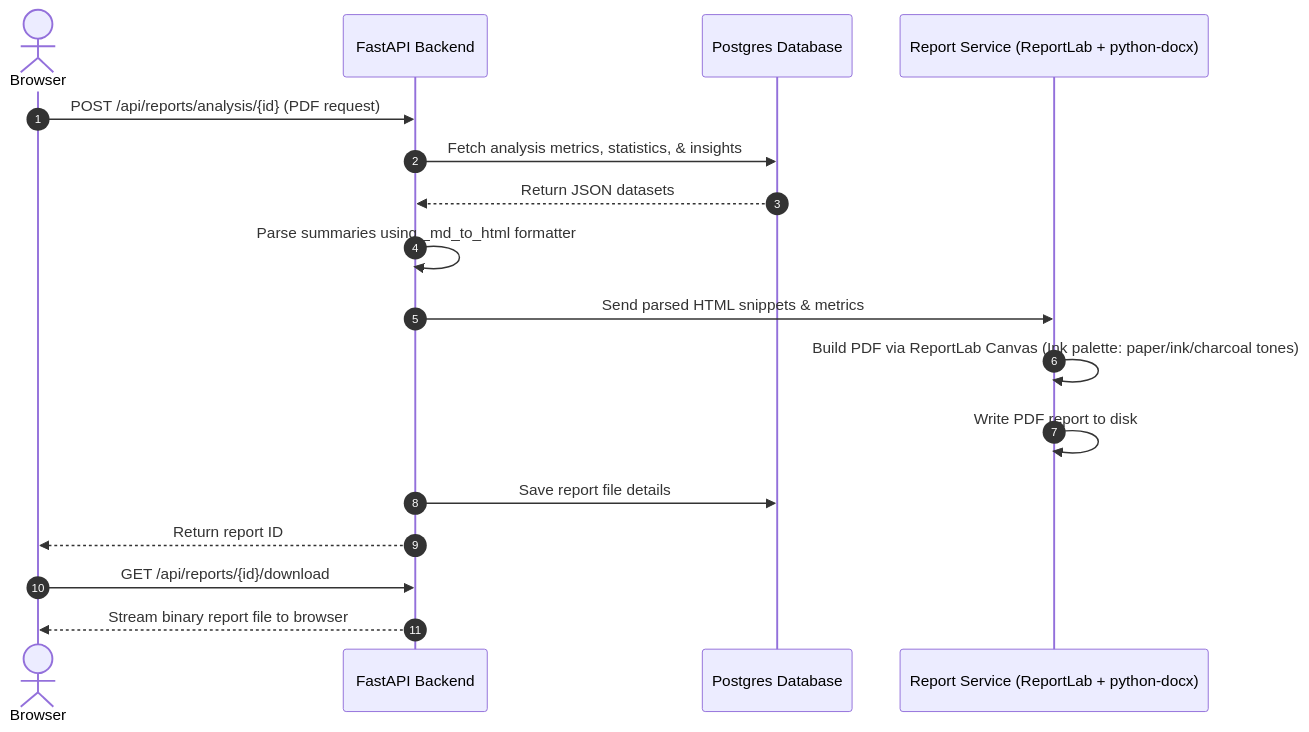
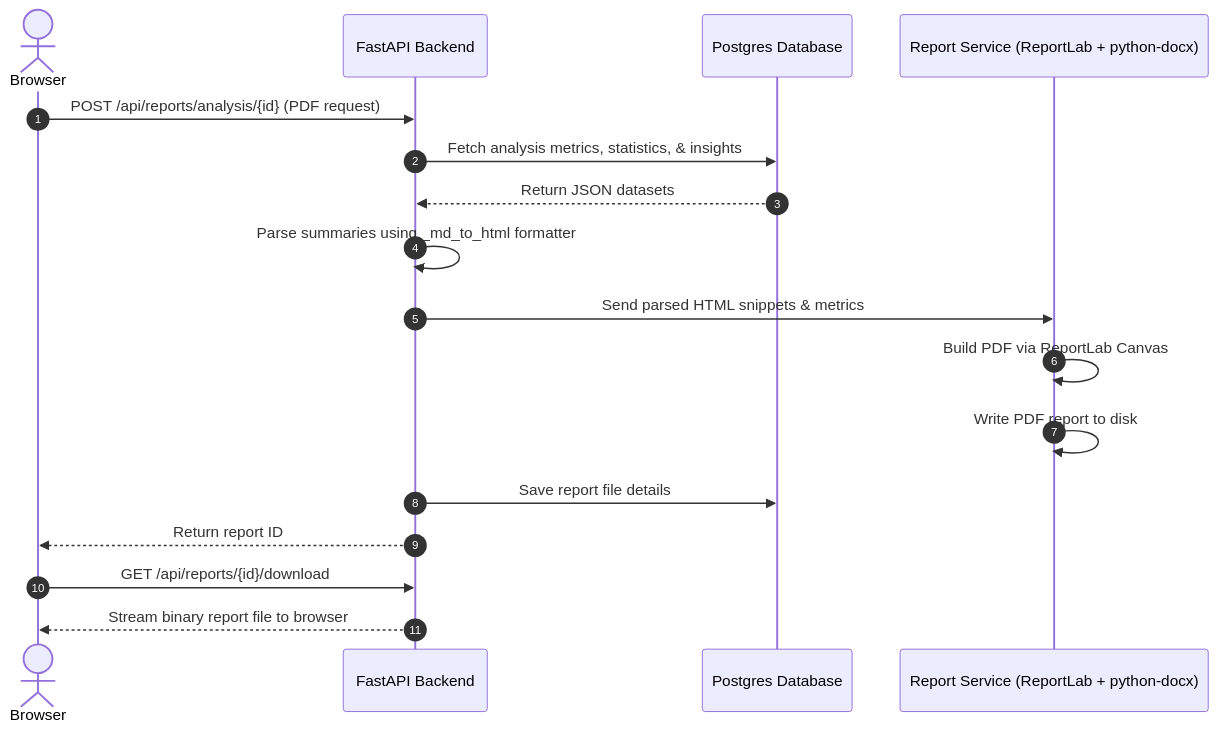
Before and after one commit to mannaxsara/detective-ai: the fifth of 5 diagrams in docs/ARCHITECTURE.md, drawn with Mermaid. The commit also changed other lines of this file, not shown here.

Commit message:
fix(docs): resolve Mermaid syntax parse errors in ARCHITECTURE.md by quoting node labels

````diff
--- a/docs/ARCHITECTURE.md
+++ b/docs/ARCHITECTURE.md
@@ -83,20 +83,20 @@
 ```mermaid
 sequenceDiagram
     autonumber
     actor Client as Browser
     participant API as FastAPI Backend
     participant DB as Postgres Database
     participant Service as Report Service (ReportLab + python-docx)
     
     Client->>API: POST /api/reports/analysis/{id} (PDF request)
     API->>DB: Fetch analysis metrics, statistics, & insights
     DB-->>API: Return JSON datasets
     API->>API: Parse summaries using _md_to_html formatter
     API->>Service: Send parsed HTML snippets & metrics
-    Service->>Service: Build PDF via ReportLab Canvas (Ink palette: paper/ink/charcoal tones)
+    Service->>Service: Build PDF via ReportLab Canvas
     Service->>Service: Write PDF report to disk
     API->>DB: Save report file details
     API-->>Client: Return report ID
     Client->>API: GET /api/reports/{id}/download
     API-->>Client: Stream binary report file to browser
 ```
````
